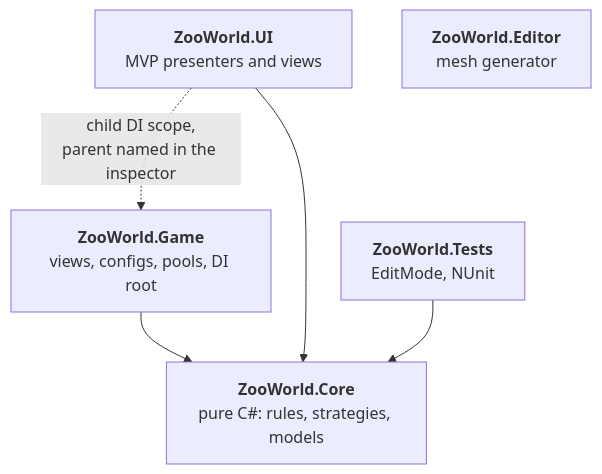
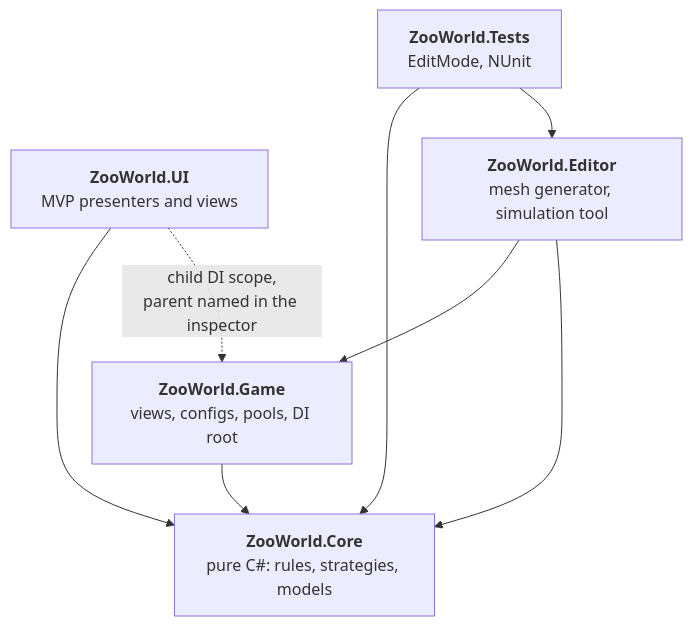
The first of 6 diagrams in README.md (dkoleev/ZooWorld), drawn with Mermaid before and after one commit. The commit also changed other lines of this file, not shown here.

````diff
--- a/README.md
+++ b/README.md
@@ -82,9 +83,11 @@
 ```mermaid
 flowchart TD
     Game["<b>ZooWorld.Game</b><br/>views, configs, pools, DI root"] --> Core
     UI["<b>ZooWorld.UI</b><br/>MVP presenters and views"] --> Core
     Tests["<b>ZooWorld.Tests</b><br/>EditMode, NUnit"] --> Core
     Core["<b>ZooWorld.Core</b><br/>pure C#: rules, strategies, models"]
-    Editor["<b>ZooWorld.Editor</b><br/>mesh generator"]
+    Editor["<b>ZooWorld.Editor</b><br/>mesh generator, simulation tool"] --> Game
+    Editor --> Core
+    Tests --> Editor
     UI -. "child DI scope,<br/>parent named in the inspector" .-> Game
 ```
````
